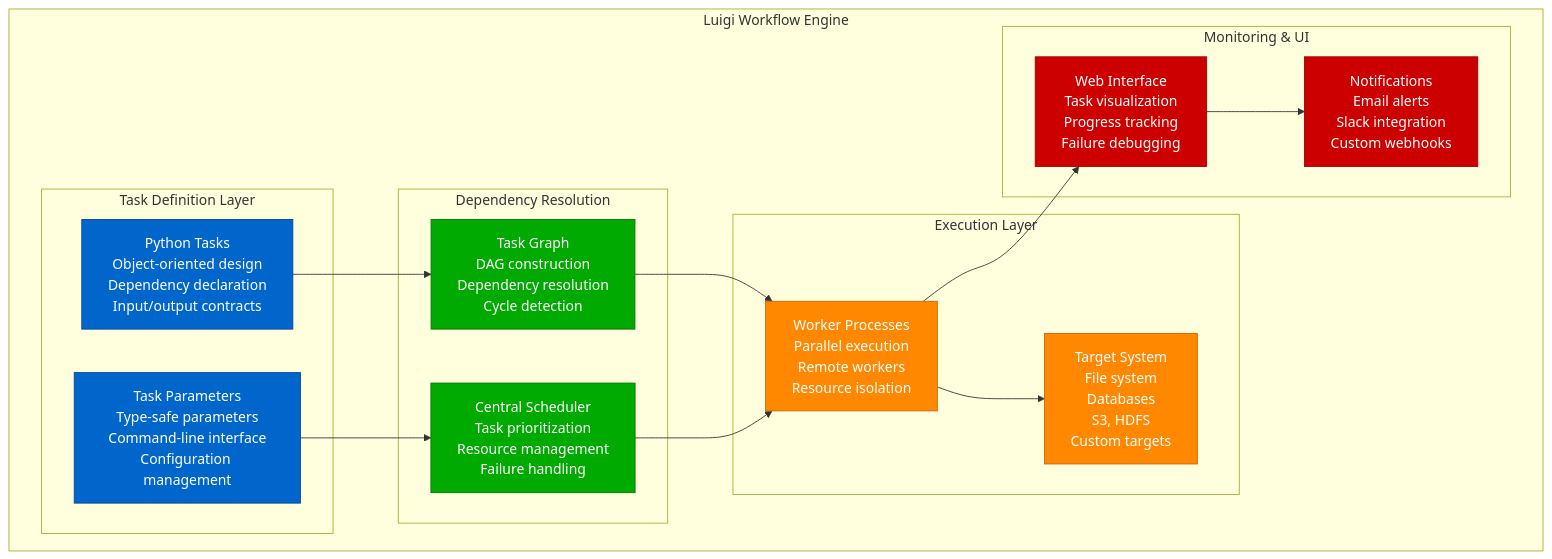
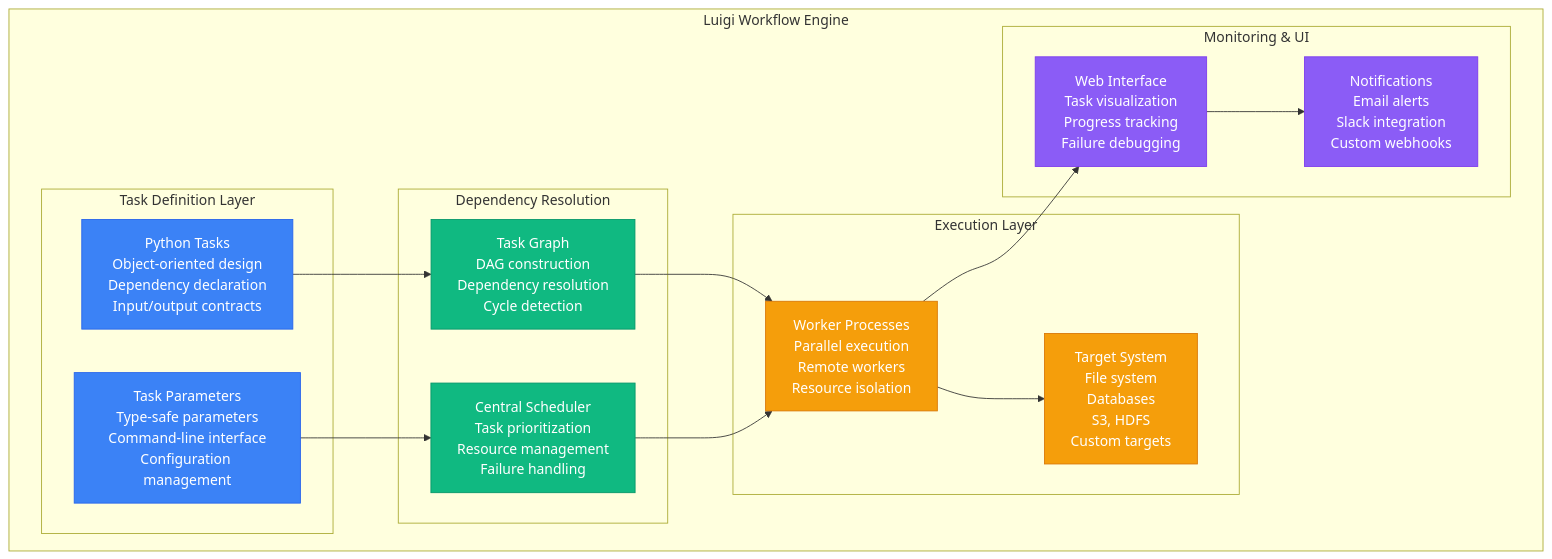
The third of 5 diagrams in site/docs/systems/spotify/novel-solutions.md (deepaucksharma/DS), drawn with Mermaid before and after one commit. The commit also changed other lines of this file and 303 other files, not shown here.

````diff
--- a/site/docs/systems/spotify/novel-solutions.md
+++ b/site/docs/systems/spotify/novel-solutions.md
@@ -160,46 +160,46 @@
 ```mermaid
 graph TB
     subgraph LuigiArchitecture[Luigi Workflow Engine]
         subgraph TaskDefinition[Task Definition Layer]
             PythonTasks[Python Tasks<br/>Object-oriented design<br/>Dependency declaration<br/>Input/output contracts]
 
             TaskParameters[Task Parameters<br/>Type-safe parameters<br/>Command-line interface<br/>Configuration management]
         end
 
         subgraph DependencyEngine[Dependency Resolution]
             TaskGraph[Task Graph<br/>DAG construction<br/>Dependency resolution<br/>Cycle detection]
 
             Scheduler[Central Scheduler<br/>Task prioritization<br/>Resource management<br/>Failure handling]
         end
 
         subgraph ExecutionLayer[Execution Layer]
             Workers[Worker Processes<br/>Parallel execution<br/>Remote workers<br/>Resource isolation]
 
             Targets[Target System<br/>File system<br/>Databases<br/>S3, HDFS<br/>Custom targets]
         end
 
         subgraph MonitoringUI[Monitoring & UI]
             WebInterface[Web Interface<br/>Task visualization<br/>Progress tracking<br/>Failure debugging]
 
             Notifications[Notifications<br/>Email alerts<br/>Slack integration<br/>Custom webhooks]
         end
     end
 
     PythonTasks --> TaskGraph
     TaskParameters --> Scheduler
     TaskGraph --> Workers
     Scheduler --> Workers
     Workers --> Targets
     Workers --> WebInterface
     WebInterface --> Notifications
 
-    classDef taskStyle fill:#0066CC,stroke:#004499,color:#fff
-    classDef engineStyle fill:#00AA00,stroke:#007700,color:#fff
-    classDef executionStyle fill:#FF8800,stroke:#CC6600,color:#fff
-    classDef monitoringStyle fill:#CC0000,stroke:#990000,color:#fff
+    classDef taskStyle fill:#3B82F6,stroke:#2563EB,color:#fff
+    classDef engineStyle fill:#10B981,stroke:#059669,color:#fff
+    classDef executionStyle fill:#F59E0B,stroke:#D97706,color:#fff
+    classDef monitoringStyle fill:#8B5CF6,stroke:#7C3AED,color:#fff
 
     class PythonTasks,TaskParameters taskStyle
     class TaskGraph,Scheduler engineStyle
     class Workers,Targets executionStyle
     class WebInterface,Notifications monitoringStyle
 ```
````
